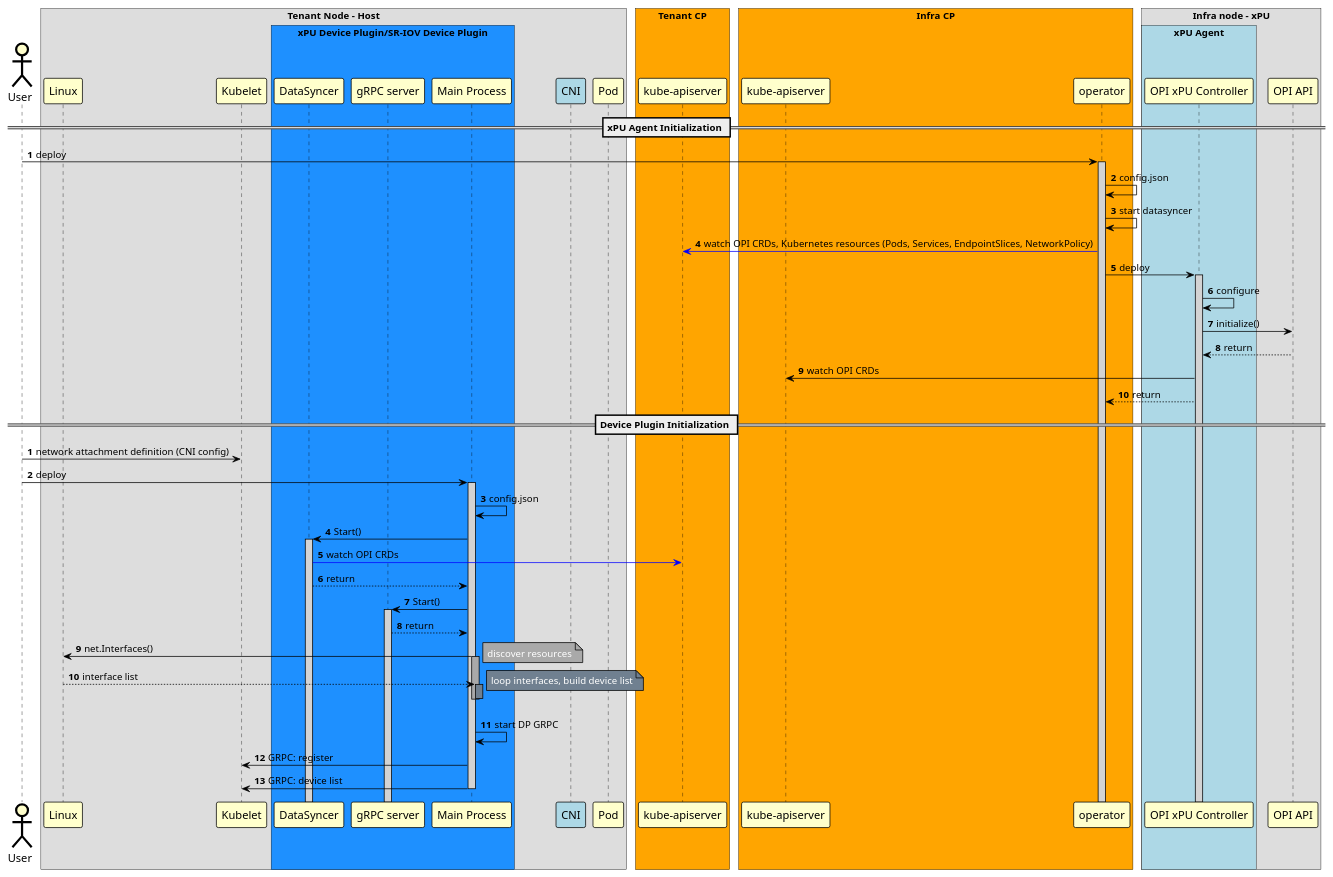
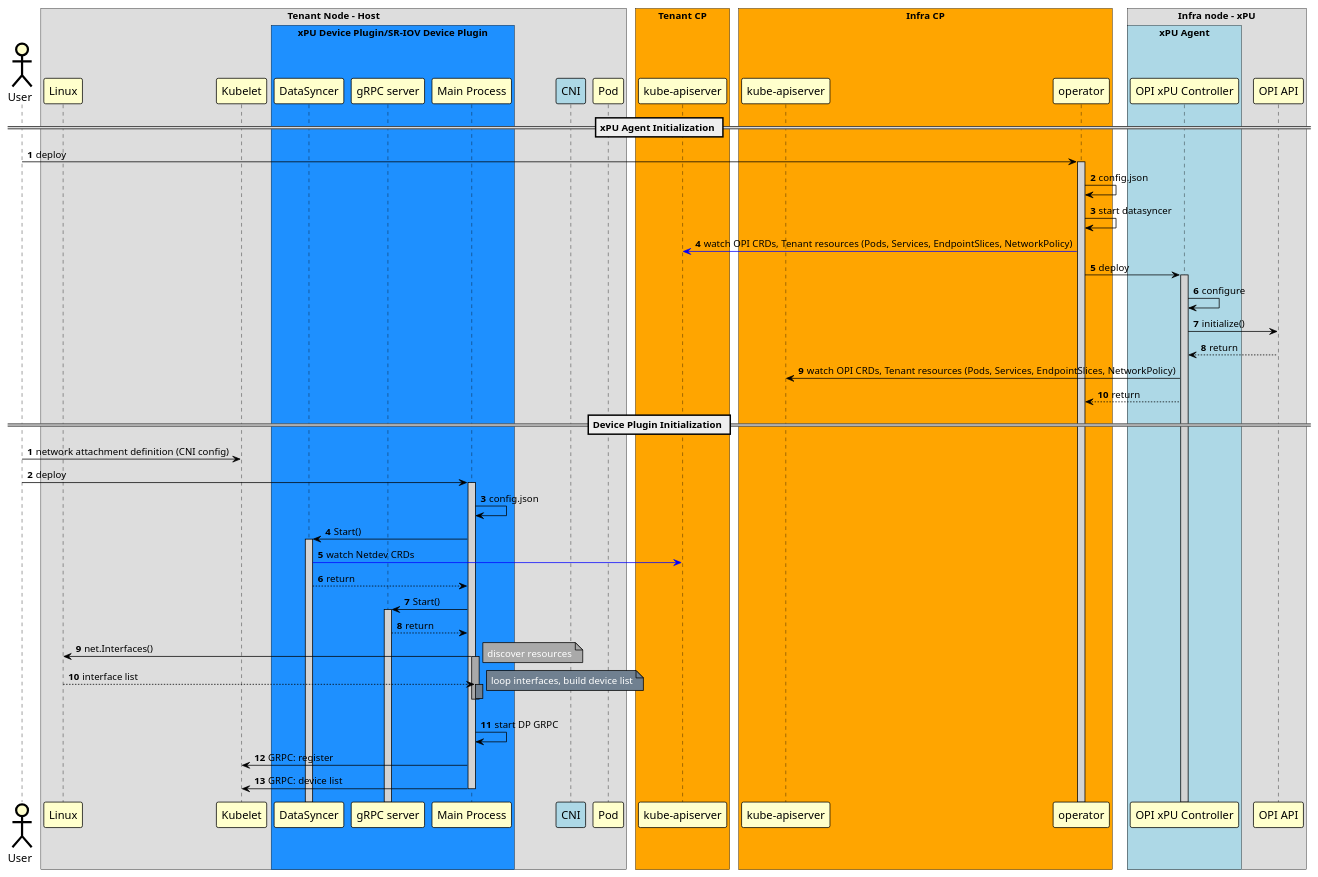
One commit to redhat-et/ekho changed the diagram in sequence-diagrams/puml/host-provisioning-xPU-VF-init-no-host-agent.puml. Above: the diagram before and after it, drawn with PlantUML. The commit also changed 4 other files, not shown here.

Commit message:
no host agent diagrams

```diff
--- a/sequence-diagrams/puml/host-provisioning-xPU-VF-init-no-host-agent.puml
+++ b/sequence-diagrams/puml/host-provisioning-xPU-VF-init-no-host-agent.puml
@@ -1,109 +1,109 @@
 @startuml
 !pragma teoz true
 skinparam noteBorderColor Black
 skinparam noteBorderThickness 1
 skinparam noteBackgroundColor Yellow
 
 skinparam sequence {
 	BoxBorderColor Black
 	BoxFontSize 20
 
 	ArrowColor Black
 	ArrowThickness 1
 
 	ActorBorderColor Black
 	ActorBorderThickness 3
 	ActorBackgroundColor Business
 	ActorFontSize 15
 
 	ParticipantBorderColor Black
 	ParticipantBorderThickness 1
 	ParticipantBackgroundColor Business
 	ParticipantFontSize 15
 
 	LifeLineBorderColor Black
 	LifeLineBorderThickness 1
 	LifeLineBackgroundColor LightGray
 }
 
 actor "User"
 box "Tenant Node - Host"
 	participant "Linux"
 	participant "Kubelet"
   box "xPU Device Plugin/SR-IOV Device Plugin" #dodgerblue
          participant "DataSyncer"
          participant "gRPC server"
         participant "Main Process"
   end box
 	participant "CNI" #LightBlue
 	participant "Pod"
 end box
 
 box "Tenant CP" #Orange
   participant "kube-apiserver" as api1
 end box
 
 box "Infra CP" #Orange
   participant "kube-apiserver" as api2
   participant "operator"
 end box
 
 box "Infra node - xPU"
   box "xPU Agent" #LightBlue
 	participant "OPI xPU Controller"
   end box
   participant "OPI API"
 end box
 
 == xPU Agent Initialization ==
 
 autonumber
 "User" -> "operator": deploy
 activate "operator"
 "operator" -> "operator": config.json
 "operator" -> "operator": start datasyncer
-"operator" -[#blue]> api1  : watch OPI CRDs, Kubernetes resources (Pods, Services, EndpointSlices, NetworkPolicy)
+"operator" -[#blue]> api1  : watch OPI CRDs, Tenant resources (Pods, Services, EndpointSlices, NetworkPolicy)
 "operator" -> "OPI xPU Controller": deploy
 activate "OPI xPU Controller"
 "OPI xPU Controller" -> "OPI xPU Controller": configure
 "OPI xPU Controller" -> "OPI API": initialize()
 "OPI API" --> "OPI xPU Controller": return
-"OPI xPU Controller" -> api2: watch OPI CRDs
+"OPI xPU Controller" -> api2: watch OPI CRDs, Tenant resources (Pods, Services, EndpointSlices, NetworkPolicy)
 "OPI xPU Controller" --> "operator": return
 autonumber stop
 
 == Device Plugin Initialization ==
 autonumber
 
 "User" -> "Kubelet": network attachment definition (CNI config)
 "User" -> "Main Process": deploy
 activate "Main Process"
 "Main Process" -> "Main Process": config.json
 "Main Process" -> "DataSyncer" : Start()
 activate "DataSyncer"
-"DataSyncer" -[#blue]> api1: watch OPI CRDs
+"DataSyncer" -[#blue]> api1: watch Netdev CRDs
 "DataSyncer" --> "Main Process": return
 "Main Process" -> "gRPC server" : Start()
 activate "gRPC server"
 "gRPC server" --> "Main Process": return
 "Main Process" -> "Linux": net.Interfaces()
 activate "Main Process" #DarkGray
 note right #DarkGray: <color #White>discover resources</color>
 "Linux" --> "Main Process": interface list
 activate "Main Process" #SlateGray
 note right #SlateGray: <color #White>loop interfaces, build device list</color>
 deactivate "Main Process"
 
 autonumber stop
 "Main Process" [hidden]-> "Main Process"
 autonumber resume
 
 deactivate "Main Process"
 
 "Main Process" -> "Main Process": start DP GRPC
 "Main Process" -> "Kubelet": GRPC: register
 "Main Process" -> "Kubelet": GRPC: device list
 
 deactivate "Main Process"
 
 @enduml
```
